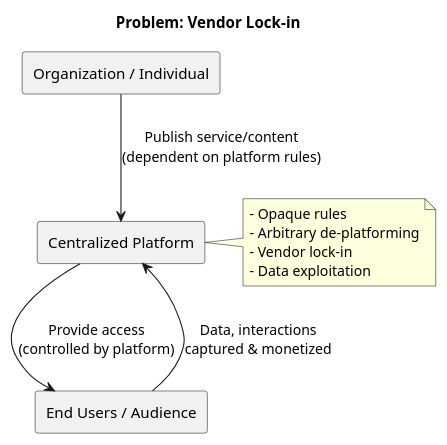
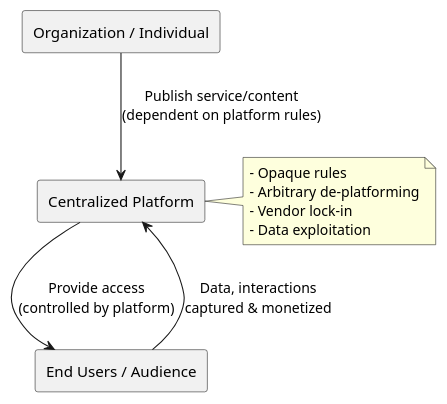
The diagram in content/page/why-verana/ownership.md (verana-labs/verana.io-website), drawn with PlantUML before and after one commit. The commit also changed other lines of this file and 10 other files, not shown here.

```diff
--- a/content/page/why-verana/ownership.md
+++ b/content/page/why-verana/ownership.md
@@ -18,20 +18,19 @@
 @startuml
 top to bottom direction
-title Problem: Vendor Lock-in
 
 rectangle "Organization / Individual" as Org
 rectangle "Centralized Platform" as Platform
 rectangle "End Users / Audience" as Users
 
 Org --> Platform : Publish service/content\n(dependent on platform rules)
 Platform --> Users : Provide access\n(controlled by platform)
 Users --> Platform : Data, interactions\ncaptured & monetized
 
 note right of Platform
 - Opaque rules
 - Arbitrary de-platforming
 - Vendor lock-in
 - Data exploitation
 end note
 
 @enduml
```
